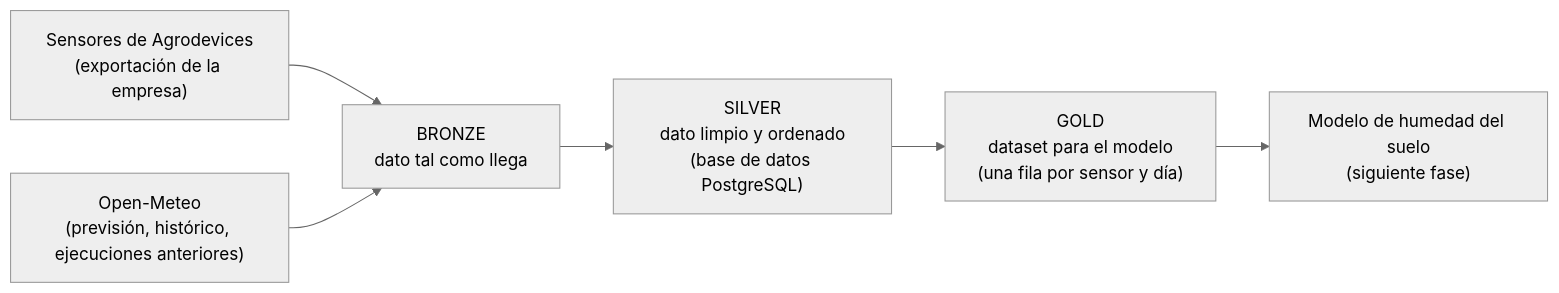
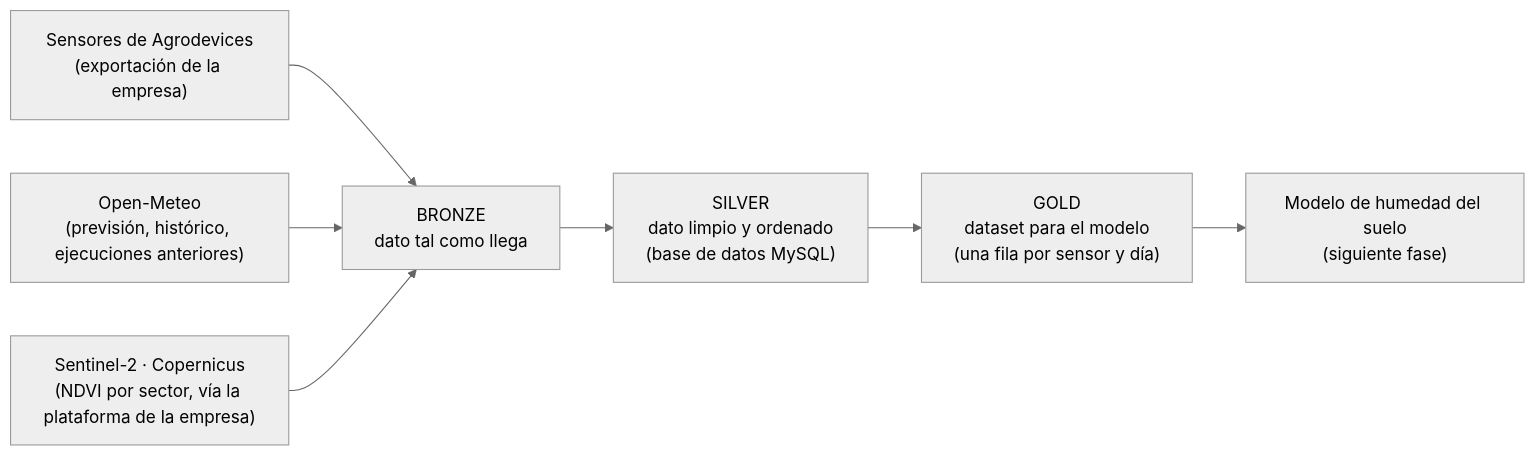
One commit to LaiaRomera/irrigation-app changed the diagram in docs/deliverations/02_datos_y_preparacion.md. Above: the diagram before and after it, drawn with Mermaid (neutral theme). The commit also changed other lines of this file and 1 other file, not shown here.

````diff
--- a/docs/deliverations/02_datos_y_preparacion.md
+++ b/docs/deliverations/02_datos_y_preparacion.md
@@ -112,8 +126,9 @@
 ```mermaid
 flowchart LR
     A["Sensores de Agrodevices<br/>(exportación de la empresa)"] --> B
     O["Open-Meteo<br/>(previsión, histórico, ejecuciones anteriores)"] --> B
-    B["BRONZE<br/>dato tal como llega"] --> S["SILVER<br/>dato limpio y ordenado<br/>(base de datos PostgreSQL)"]
+    SAT["Sentinel-2 · Copernicus<br/>(NDVI por sector, vía la plataforma de la empresa)"] --> B
+    B["BRONZE<br/>dato tal como llega"] --> S["SILVER<br/>dato limpio y ordenado<br/>(base de datos MySQL)"]
     S --> G["GOLD<br/>dataset para el modelo<br/>(una fila por sensor y día)"]
     G --> M["Modelo de humedad del suelo<br/>(siguiente fase)"]
 ```
````
